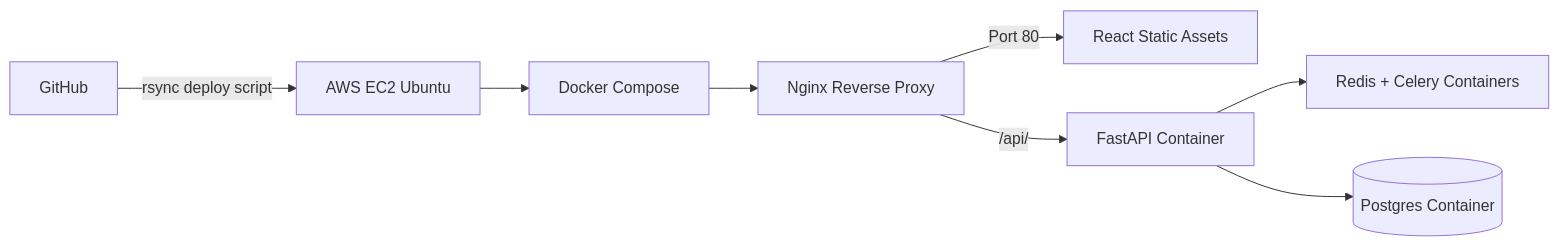
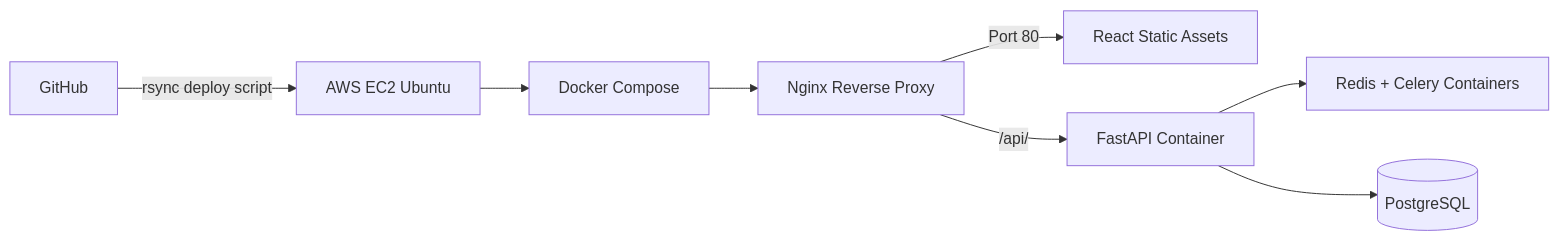
The third of 3 diagrams in README.md (Kv-Logics/VizzyStudio), drawn with Mermaid before and after one commit.

Commit message:
docs: shorten db label in mermaid diagram to prevent text overflow

````diff
--- a/README.md
+++ b/README.md
@@ -78,10 +78,10 @@
 ```mermaid
 graph LR;
     A[GitHub] -->|rsync deploy script| B[AWS EC2 Ubuntu]
     B --> C[Docker Compose]
     C --> D[Nginx Reverse Proxy]
     D -->|Port 80| E[React Static Assets]
     D -->|/api/| F[FastAPI Container]
     F --> G[Redis + Celery Containers]
-    F --> H[(Postgres Container)]
+    F --> H[(PostgreSQL)]
 ```
````
